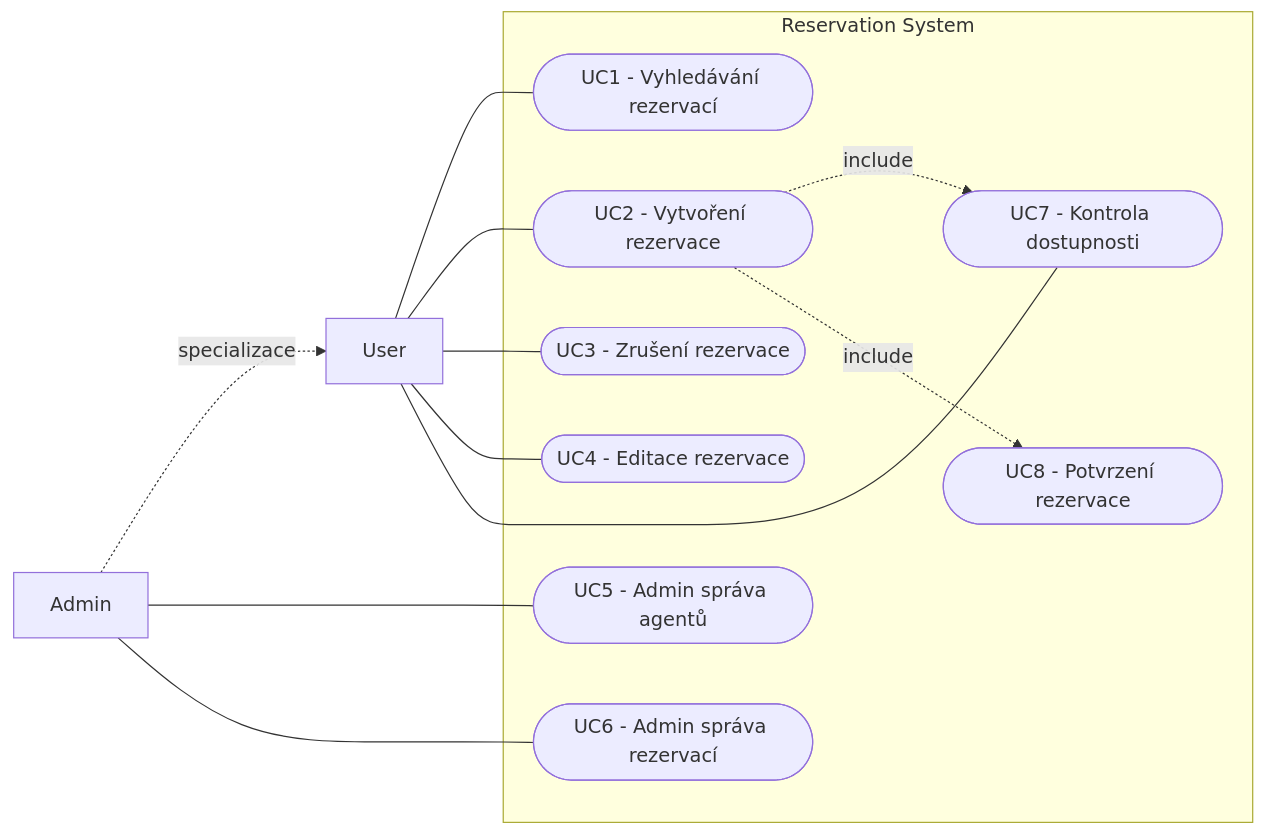
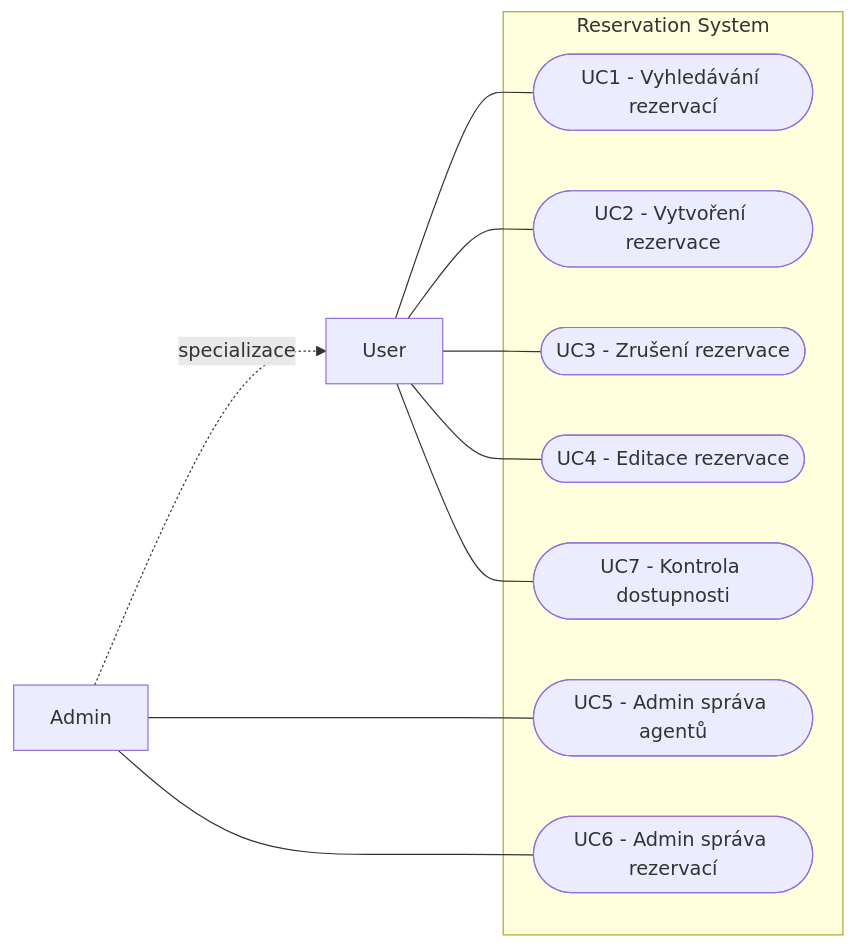
One commit to Ten-James/swi-proj changed the diagram in docs/diagrams/mermaid/01-use-case-v01.mmd. Above: the diagram before and after it, drawn with Mermaid. The commit also changed 41 other files, not shown here.

```diff
--- a/docs/diagrams/mermaid/01-use-case-v01.mmd
+++ b/docs/diagrams/mermaid/01-use-case-v01.mmd
@@ -1,26 +1,22 @@
 flowchart LR
     U[User]
     A[Admin]
     A -. specializace .-> U
 
     subgraph RS[Reservation System]
         UC1([UC1 - Vyhledávání rezervací])
         UC2([UC2 - Vytvoření rezervace])
         UC3([UC3 - Zrušení rezervace])
         UC4([UC4 - Editace rezervace])
         UC5([UC5 - Admin správa agentů])
         UC6([UC6 - Admin správa rezervací])
         UC7([UC7 - Kontrola dostupnosti])
-        UC8([UC8 - Potvrzení rezervace])
     end
 
     U --- UC1
     U --- UC2
     U --- UC3
     U --- UC4
     U --- UC7
     A --- UC5
     A --- UC6
-
-    UC2 -. include .-> UC7
-    UC2 -. include .-> UC8
```
